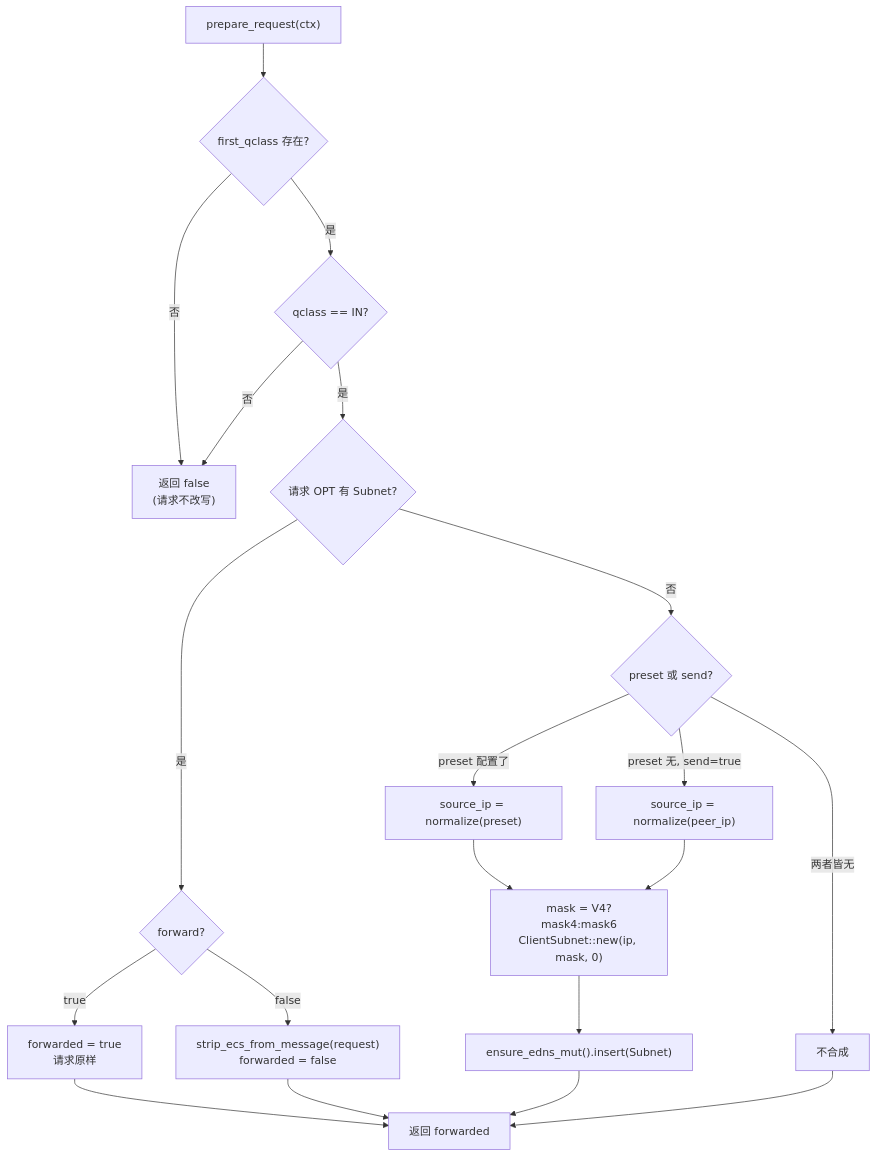
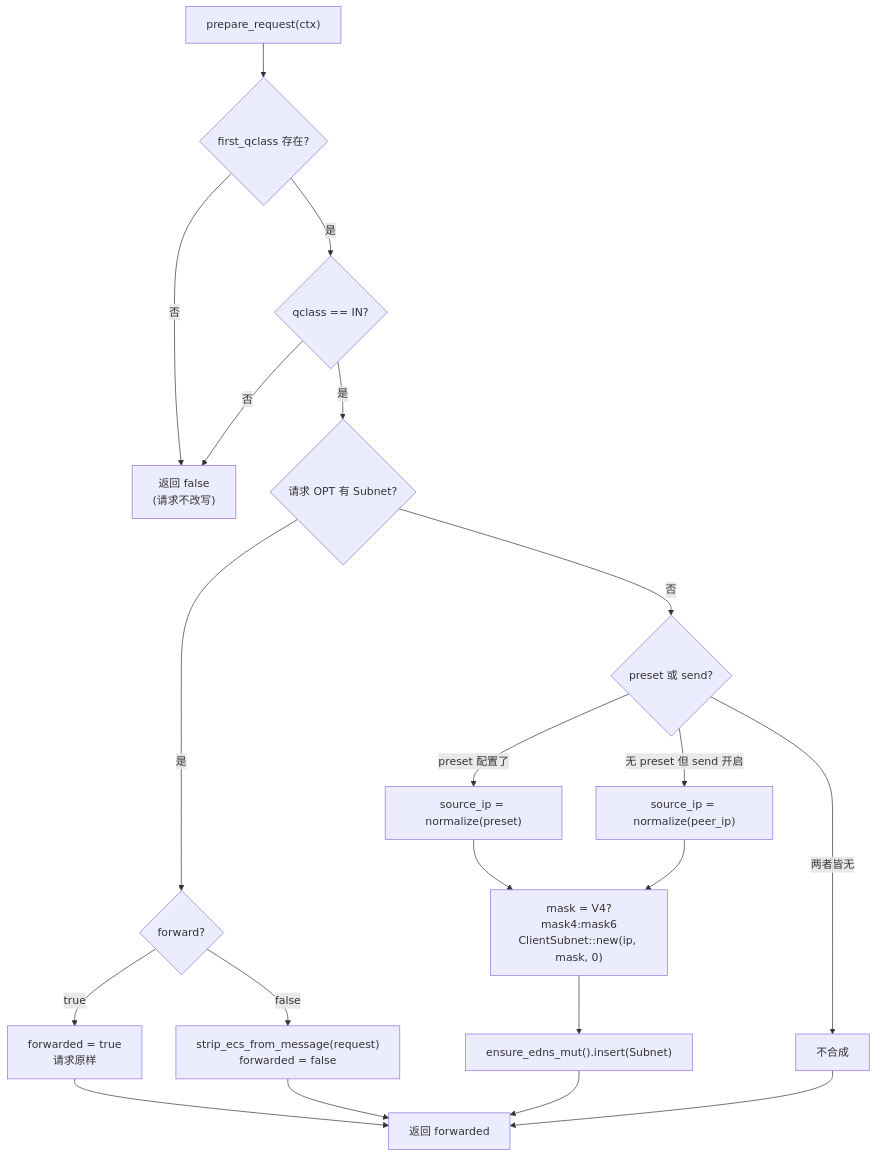
The third of 5 diagrams in learning/oxidns-plugin-ecs-handler.md (SharerMax/oxidns), drawn with Mermaid before and after one commit. The commit also changed 2 other files, not shown here.

Commit message:
docs(learning): avoid mermaid-unfriendly chars in flowchart edge labels

````diff
--- a/learning/oxidns-plugin-ecs-handler.md
+++ b/learning/oxidns-plugin-ecs-handler.md
@@ -122,22 +122,22 @@
 ```mermaid
 flowchart TD
     S["prepare_request(ctx)"] --> Q{"first_qclass 存在?"}
     Q -->|否| F0["返回 false<br/>(请求不改写)"]
     Q -->|是| IN{"qclass == IN?"}
     IN -->|否| F0
     IN -->|是| HAS{"请求 OPT 有 Subnet?"}
     HAS -->|是| FWD{"forward?"}
     FWD -->|true| T["forwarded = true<br/>请求原样"]
     FWD -->|false| STRIP["strip_ecs_from_message(request)<br/>forwarded = false"]
     HAS -->|否| SRC{"preset 或 send?"}
     SRC -->|"preset 配置了"| P1["source_ip = normalize(preset)"]
-    SRC -->|"preset 无, send=true"| P2["source_ip = normalize(peer_ip)"]
+    SRC -->|"无 preset 但 send 开启"| P2["source_ip = normalize(peer_ip)"]
     SRC -->|"两者皆无"| NOPE["不合成"]
     P1 --> MASK["mask = V4?mask4:mask6<br/>ClientSubnet::new(ip, mask, 0)"]
     P2 --> MASK
     MASK --> INS["ensure_edns_mut().insert(Subnet)"]
     T --> RET["返回 forwarded"]
     STRIP --> RET
     INS --> RET
     NOPE --> RET
 ```
````
